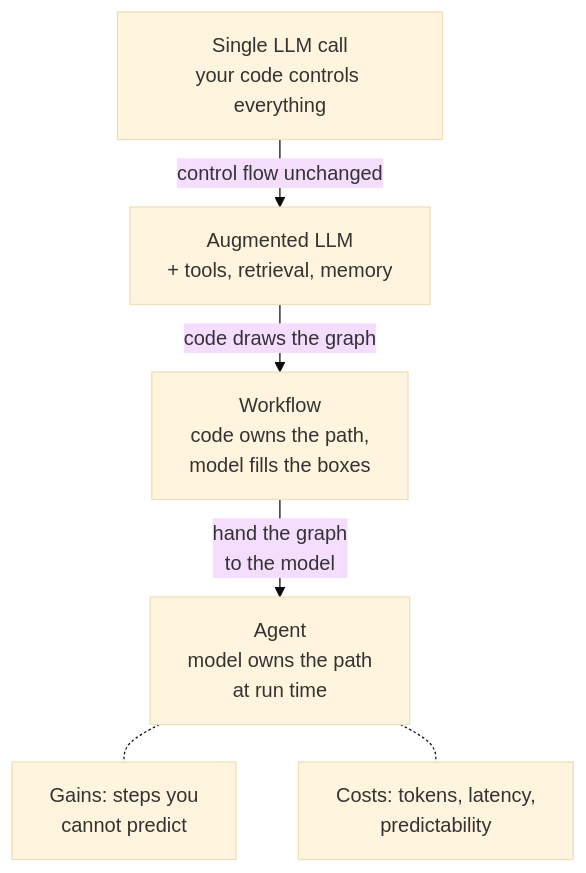
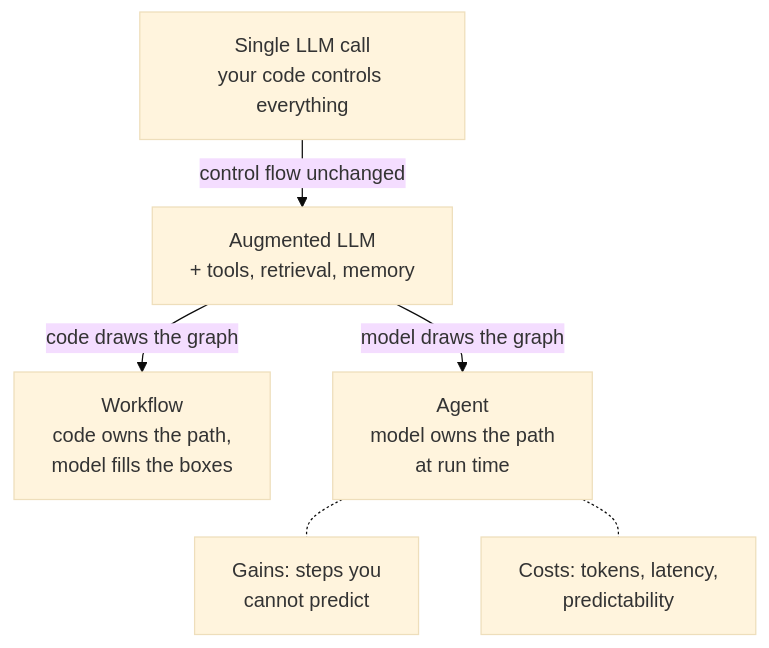
Before and after one commit to joshxinjie/agentic-harness-notes: the diagram in diagrams/src/autonomy-dial.mmd, drawn with Mermaid (base theme). The commit also changed 5 other files, not shown here.

```diff
--- a/diagrams/src/autonomy-dial.mmd
+++ b/diagrams/src/autonomy-dial.mmd
@@ -1,11 +1,11 @@
 %%{init: {"flowchart": {"rankSpacing": 30}}}%%
 flowchart TD
     S["Single LLM call<br>your code controls everything"]
     U["Augmented LLM<br>+ tools, retrieval, memory"]
     W["Workflow<br>code owns the path,<br>model fills the boxes"]
     A["Agent<br>model owns the path<br>at run time"]
     S -->|"control flow unchanged"| U
     U -->|"code draws the graph"| W
-    W -->|"hand the graph<br>to the model"| A
+    U -->|"model draws the graph"| A
     A -.- G["Gains: steps you<br>cannot predict"]
     A -.- C["Costs: tokens, latency,<br>predictability"]
```
